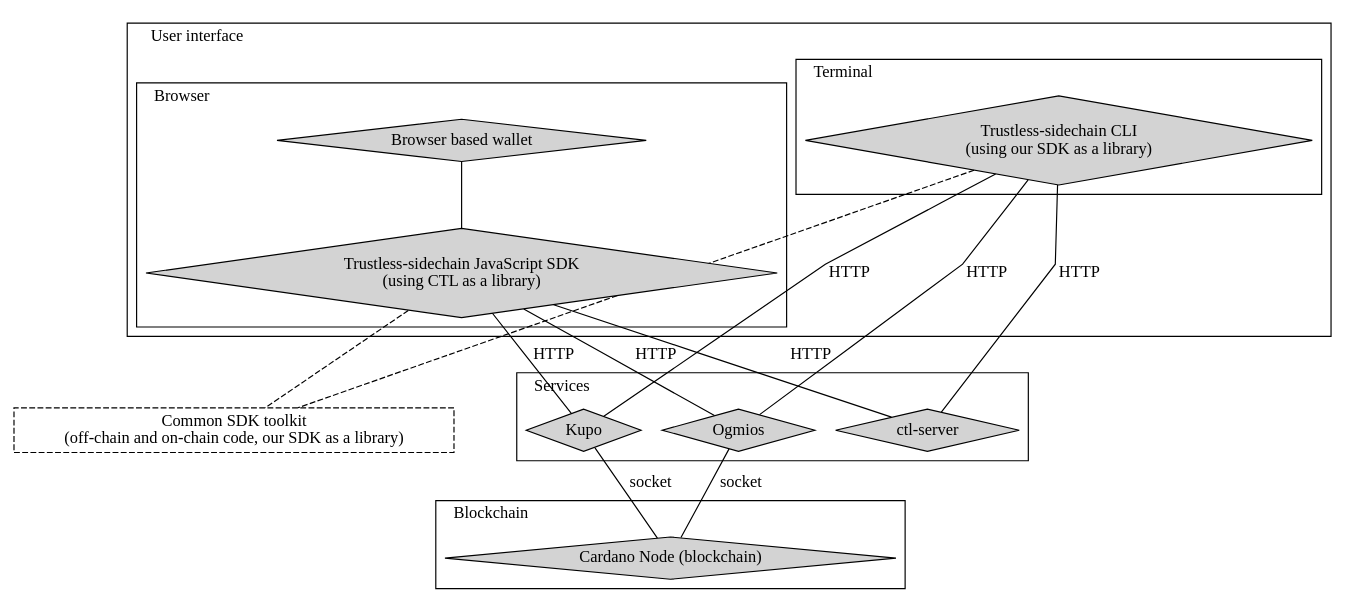
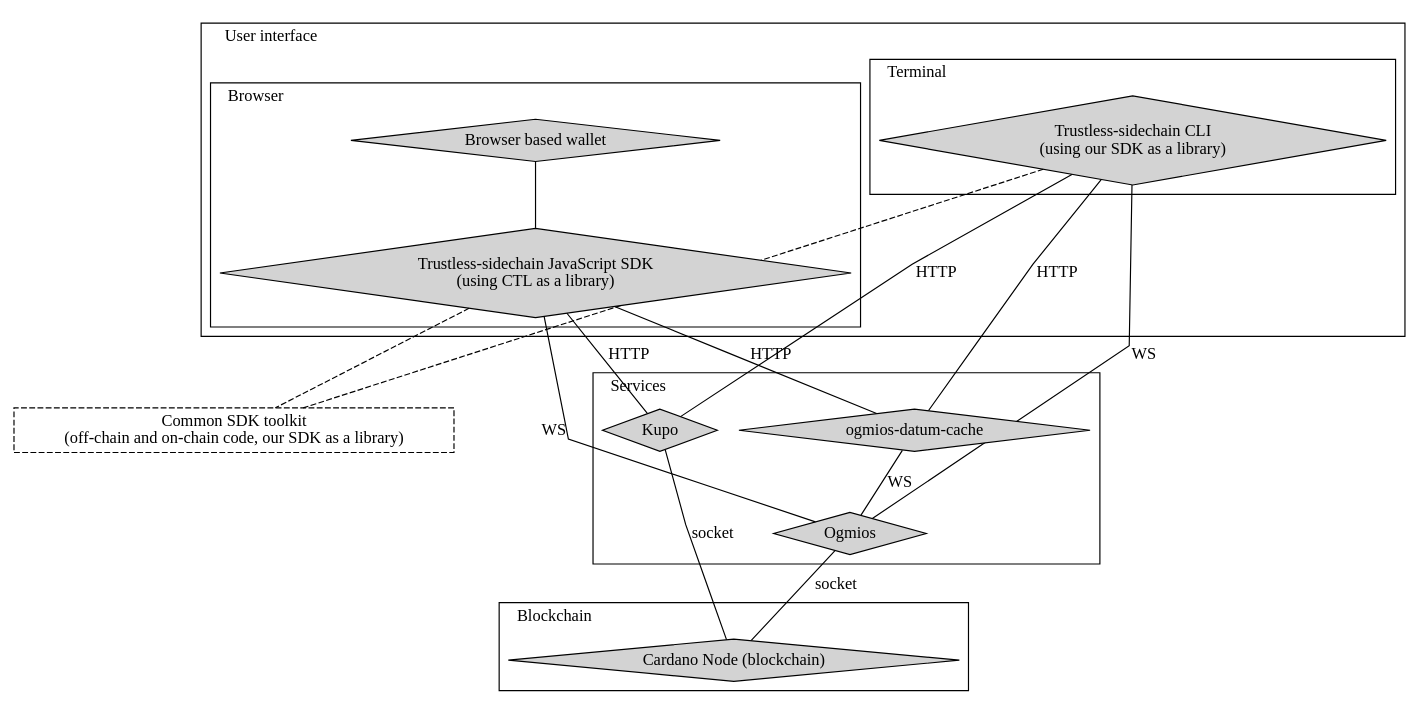
Before and after one commit to input-output-hk/partner-chains-smart-contracts: the diagram in docs/Architecture/Architecture.dot, drawn with Graphviz. The commit also changed 33 other files, not shown here.

```diff
--- a/docs/Architecture/Architecture.dot
+++ b/docs/Architecture/Architecture.dot
@@ -1,64 +1,64 @@
 graph {
   node [shape=diamond style=filled]
   splines=false
 
   subgraph cluster_interface {
     label="User interface"
     labeljust=l
 
     subgraph cluster_terminal {
       label="Terminal"
       labeljust=l
 
       cli [label="Trustless-sidechain CLI\n(using our SDK as a library)"]
     }
 
     subgraph cluster_browser {
       label="Browser"
       labeljust=l
 
       wallet [label="Browser based wallet"]
 
       browsersdk [label="Trustless-sidechain JavaScript SDK\n(using CTL as a library)"]
     }
 
   }
 
   sdk [
     shape=rect
     style=dashed
     label="Common SDK toolkit\n(off-chain and on-chain code, our SDK as a library)"
   ]
 
   subgraph cluster_services {
     label="Services"
     labeljust=l
 
     Ogmios;
-    Kupo
-    "ctl-server"
+    Kupo;
+    odc [label="ogmios-datum-cache"]
   }
 
   subgraph cluster_blockchain {
     label="Blockchain"
     labeljust=l
 
     cnode [label="Cardano Node (blockchain)"]
   }
 
   cli -- sdk [style=dashed]
   browsersdk -- sdk [style=dashed]
 
-  cli -- Ogmios [label=HTTP]
+  cli -- Ogmios [label=WS]
   cli -- Kupo [label=HTTP]
-  cli -- "ctl-server" [label=HTTP]
+  cli -- odc [label=HTTP]
 
   wallet -- browsersdk
-  browsersdk -- Ogmios [label=HTTP]
+  browsersdk -- Ogmios [label=WS]
   browsersdk -- Kupo [label=HTTP]
-  browsersdk -- "ctl-server" [label=HTTP]
+  browsersdk -- odc [label=HTTP]
 
-
+  odc -- Ogmios [label=WS]
   Ogmios -- cnode [label=socket]
   Kupo -- cnode [label=socket]
 }
```
